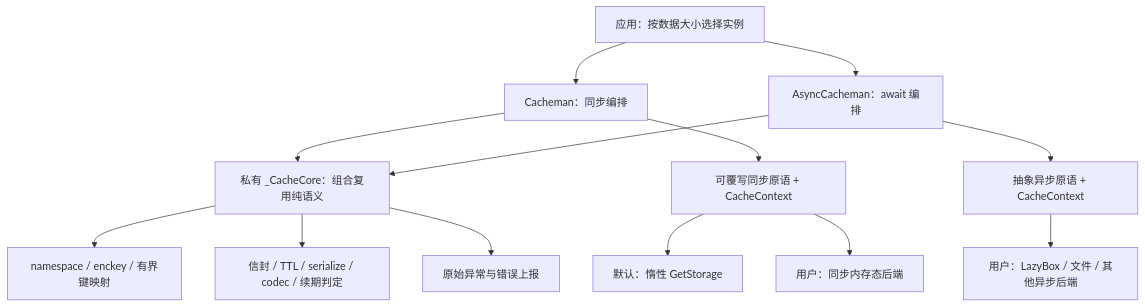
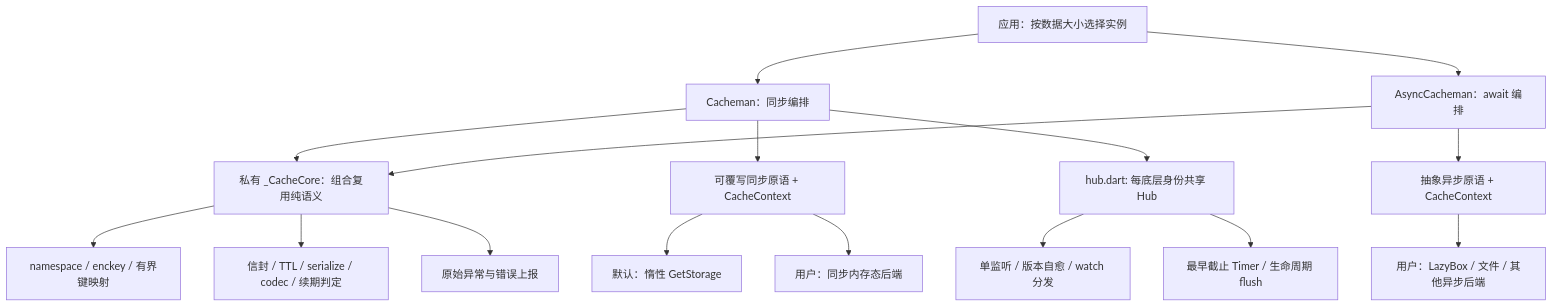
The diagram in cacheman/ARCHITECTURE.md (icodejoo/dart-labs), drawn with Mermaid before and after one commit. The commit also changed other lines of this file and 18 other files, not shown here.

First line of the commit message:
feat(cacheman): 共享 Hub——自有键索引自愈、watch/flush、flushDelay、purgeOnInit，及全覆盖验收体系

````diff
--- a/cacheman/ARCHITECTURE.md
+++ b/cacheman/ARCHITECTURE.md
@@ -10,15 +10,18 @@
 ```mermaid
 flowchart TD
     App[应用：按数据大小选择实例] --> Sync[Cacheman：同步编排]
     App --> Async[AsyncCacheman：await 编排]
     Sync --> Core[私有 _CacheCore：组合复用纯语义]
     Async --> Core
     Core --> Keys[namespace / enckey / 有界键映射]
     Core --> Envelope[信封 / TTL / serialize / codec / 续期判定]
     Core --> Errors[原始异常与错误上报]
     Sync --> SyncRaw[可覆写同步原语 + CacheContext]
+    Sync --> Hub[hub.dart: 每底层身份共享 Hub]
+    Hub --> Notify[单监听 / 版本自愈 / watch 分发]
+    Hub --> Flush[最早截止 Timer / 生命周期 flush]
     Async --> AsyncRaw[抽象异步原语 + CacheContext]
     SyncRaw --> Default[默认：惰性 GetStorage]
     SyncRaw --> UserSync[用户：同步内存态后端]
     AsyncRaw --> UserAsync[用户：LazyBox / 文件 / 其他异步后端]
 ```
````
